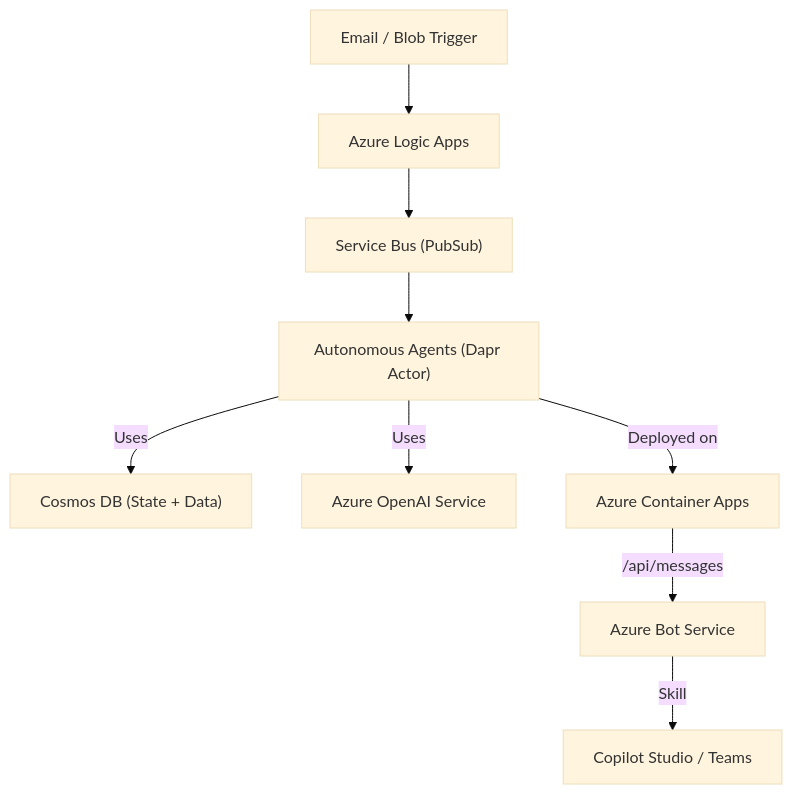
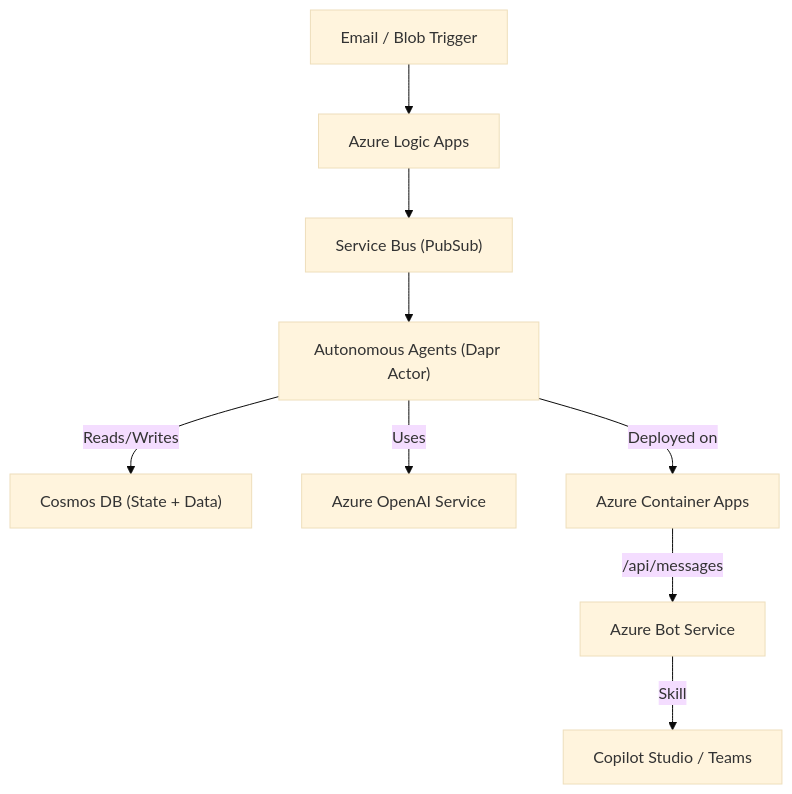
One commit to Azure-Samples/contoso-agents changed the diagram in docs/technical_overview.md. Above: the diagram before and after it, drawn with Mermaid (base theme). The commit also changed other lines of this file, not shown here.

````diff
--- a/docs/technical_overview.md
+++ b/docs/technical_overview.md
@@ -9,16 +9,16 @@
 ```mermaid
 flowchart TD
     %% Row 1: Order Initiation
     A[Email / Blob Trigger] --> B[Azure Logic Apps]
     B --> C["Service Bus (PubSub)"]
 
     %% Row 2: Processing and Decision Making
     C --> D["Autonomous Agents (Dapr Actor)"]
-    D -- Uses --> F["Cosmos DB (State + Data)"]
+    D -- Reads/Writes --> F["Cosmos DB (State + Data)"]
     D -- Uses --> E[Azure OpenAI Service]
     D -- Deployed on --> I[Azure Container Apps]
 
     %% Row 3: User Interaction
     I -- /api/messages --> G[Azure Bot Service]
     G -- Skill --> H[Copilot Studio / Teams]
 ```
````
